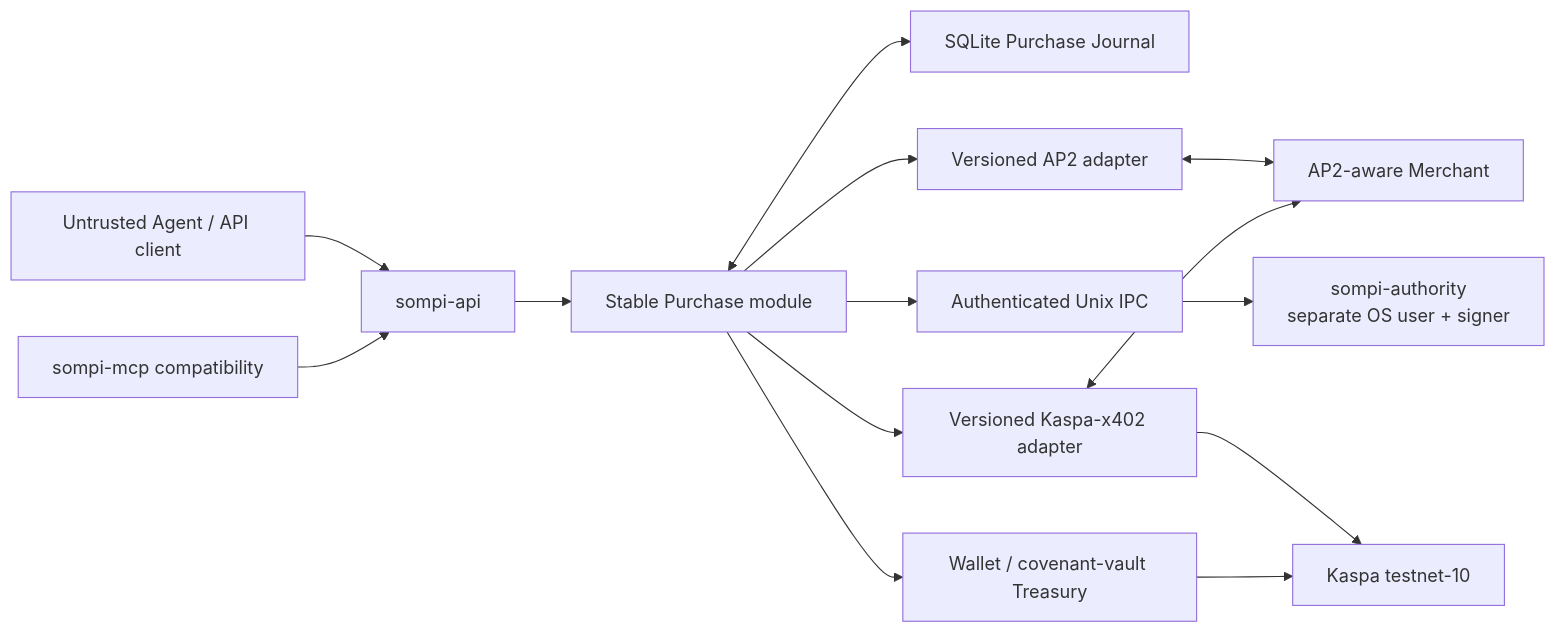
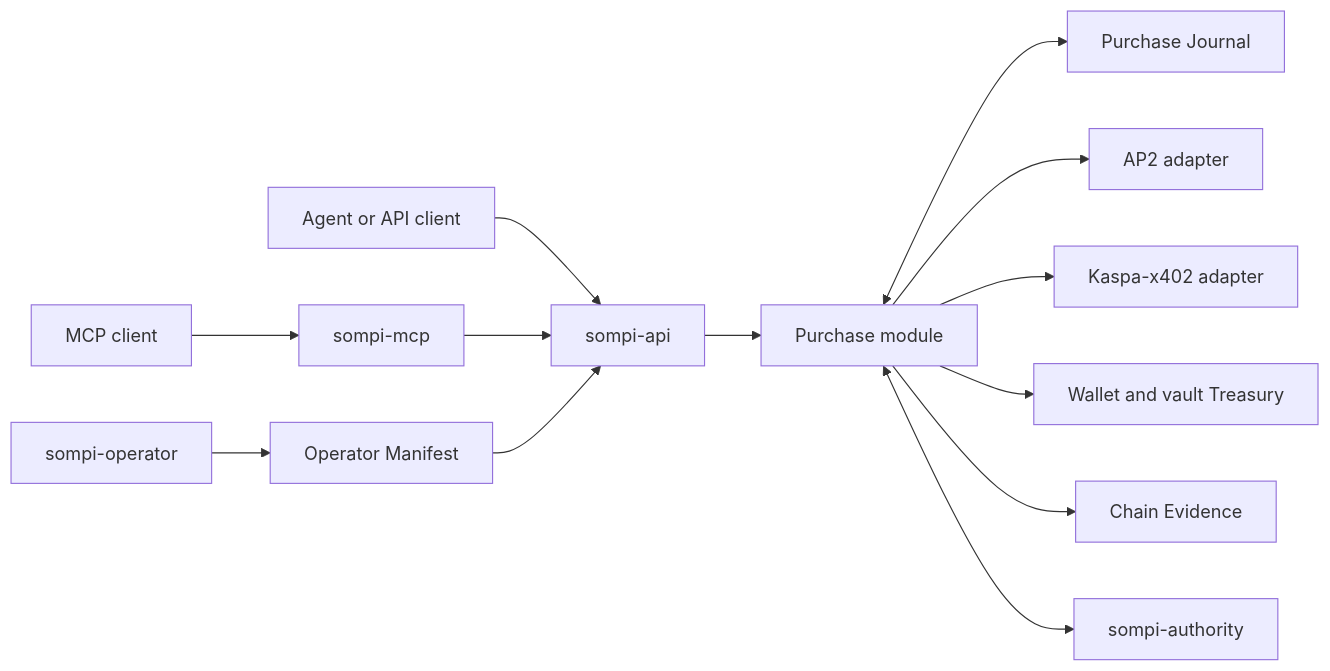
Before and after one commit to elldeeone/sompi: the diagram in README.md, drawn with Mermaid. The commit also changed other lines of this file and 17 other files, not shown here.

Commit message:
Cut over documentation to the Purchase architecture

````diff
--- a/README.md
+++ b/README.md
@@ -23,16 +34,15 @@
 ```mermaid
 flowchart LR
-  A["Untrusted Agent / API client"] --> API["sompi-api"]
-  MCP["sompi-mcp compatibility"] --> API
-  API --> P["Stable Purchase module"]
-  P <--> J["SQLite Purchase Journal"]
-  P --> AP2["Versioned AP2 adapter"]
-  AP2 <--> H["AP2-aware Merchant"]
-  P --> AUTH["Authenticated Unix IPC"]
-  AUTH --> U["sompi-authority\nseparate OS user + signer"]
-  P --> X["Versioned Kaspa-x402 adapter"]
-  X <--> H
-  X --> K["Kaspa testnet-10"]
-  P --> T["Wallet / covenant-vault Treasury"]
-  T --> K
+  Agent["Agent or API client"] --> API["sompi-api"]
+  MCPClient["MCP client"] --> MCP["sompi-mcp"]
+  MCP --> API
+  API --> Purchase["Purchase module"]
+  Purchase <--> Journal["Purchase Journal"]
+  Purchase --> AP2["AP2 adapter"]
+  Purchase --> X402["Kaspa-x402 adapter"]
+  Purchase --> Treasury["Wallet and vault Treasury"]
+  Purchase --> Chain["Chain Evidence"]
+  Purchase <--> Authority["sompi-authority"]
+  Operator["sompi-operator"] --> Manifest["Operator Manifest"]
+  Manifest --> API
 ```
````
